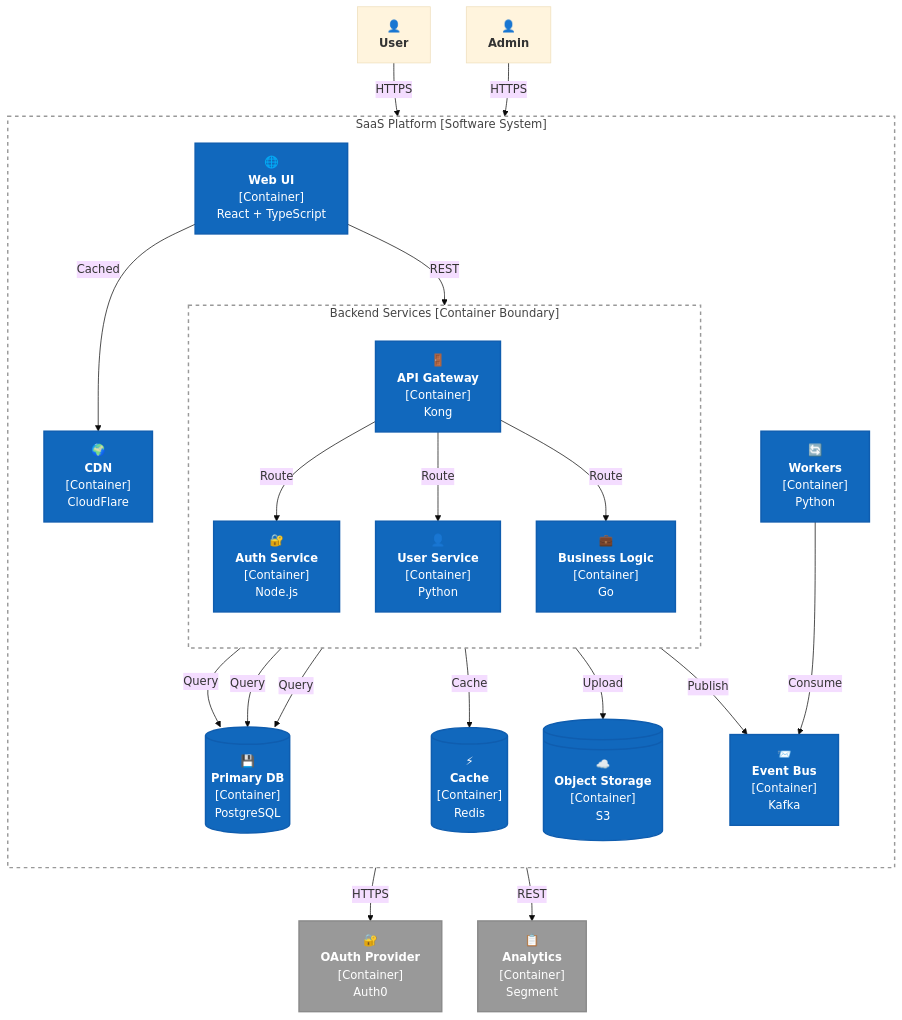
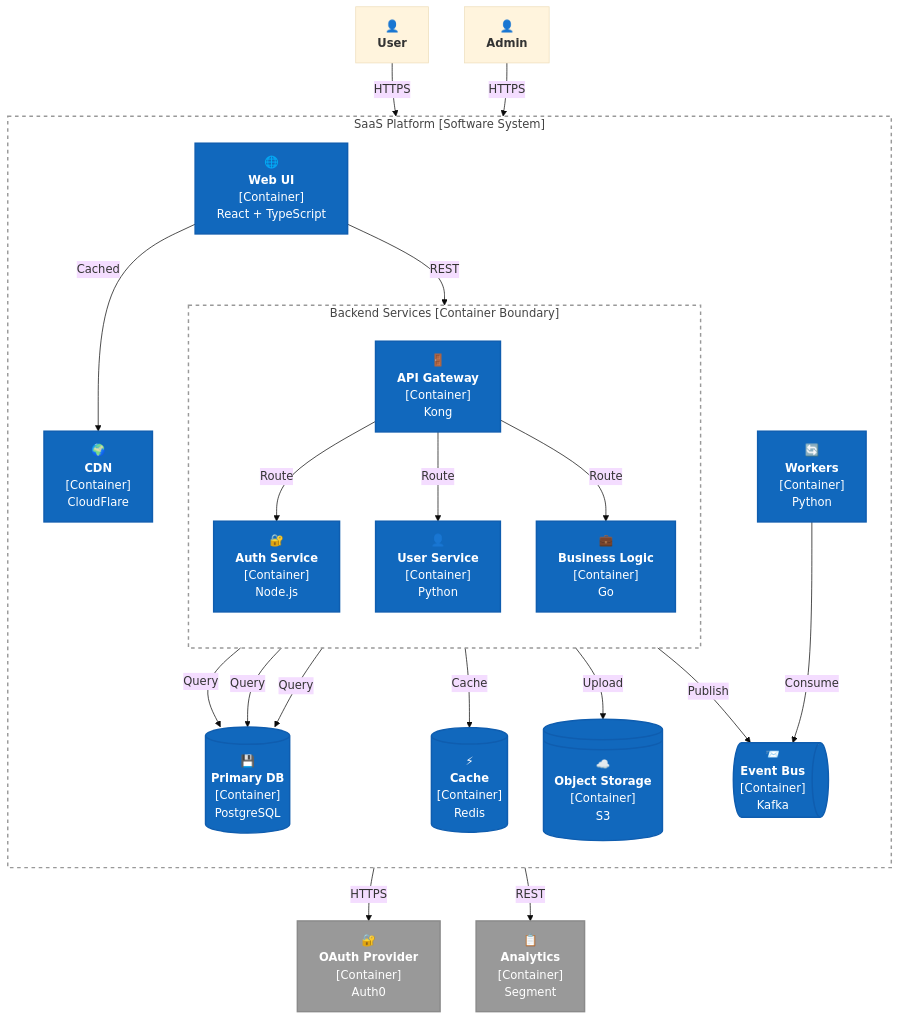
Before and after one commit to LockTar/C4-Modeling-in-Mermaid: the fourth of 6 diagrams in C4-cheatsheets/C4-Container-Diagram-Mermaid-Flowchart-Cheatsheet.md, drawn with Mermaid (base theme). The commit also changed other lines of this file and 2 other files, not shown here.

Commit message:
Update queue shapes and labels in C4 cheatsheets for consistency

````diff
--- a/C4-cheatsheets/C4-Container-Diagram-Mermaid-Flowchart-Cheatsheet.md
+++ b/C4-cheatsheets/C4-Container-Diagram-Mermaid-Flowchart-Cheatsheet.md
@@ -193,66 +193,66 @@
 ```mermaid
 flowchart TB
     classDef Container fill:#1168bd,stroke:#0f5daf,color:#fff,stroke-width:2px;
     classDef ContainerDb fill:#1168bd,stroke:#0f5daf,color:#fff,stroke-width:2px;
     classDef ContainerQueue fill:#1168bd,stroke:#0f5daf,color:#fff,stroke-width:2px;
     classDef ContainerExt fill:#999999,stroke:#8a8a8a,color:#fff,stroke-width:2px;
     classDef ContainerBoundary fill:none,stroke:#999,stroke-width:2px,stroke-dasharray: 5 5,color:#444;
 
     user["👤<br/><b>User</b>"]
     admin["👤<br/><b>Admin</b>"]
 
     subgraph sys["SaaS Platform [Software System]"]
         direction TB
 
         cdn["🌍<br/><b>CDN</b><br/>[Container]<br/>CloudFlare"]
         spa["🌐<br/><b>Web UI</b><br/>[Container]<br/>React + TypeScript"]
 
         subgraph backend["Backend Services [Container Boundary]"]
             direction TB
             apigw["🚪<br/><b>API Gateway</b><br/>[Container]<br/>Kong"]
             authsvc["🔐<br/><b>Auth Service</b><br/>[Container]<br/>Node.js"]
             usersvc["👤<br/><b>User Service</b><br/>[Container]<br/>Python"]
             bussvc["💼<br/><b>Business Logic</b><br/>[Container]<br/>Go"]
         end
         class backend ContainerBoundary;
 
         db[("💾<br/><b>Primary DB</b><br/>[Container]<br/>PostgreSQL")]
         cache[("⚡<br/><b>Cache</b><br/>[Container]<br/>Redis")]
         s3@{ shape: lin-cyl, label: "☁️<br/><b>Object Storage</b><br/>[Container]<br/>S3" }
 
-        queue["📨<br/><b>Event Bus</b><br/>[Container]<br/>Kafka"]
+        queue@{ shape: das, label: "📨<br/><b>Event Bus</b><br/>[Container]<br/>Kafka" }
         workers["🔄<br/><b>Workers</b><br/>[Container]<br/>Python"]
 
         class cdn,spa,apigw,authsvc,usersvc,bussvc,s3,workers Container
         class db,cache ContainerDb
         class queue ContainerQueue
 
         spa -->|Cached| cdn
         spa -->|REST| apigw
 
         apigw -->|Route| authsvc
         apigw -->|Route| usersvc
         apigw -->|Route| bussvc
 
         authsvc -->|Query| db
         usersvc -->|Query| db
         bussvc -->|Query| db
 
         bussvc -->|Cache| cache
         bussvc -->|Upload| s3
         bussvc -->|Publish| queue
 
         workers -->|Consume| queue
     end
     class sys ContainerBoundary;
 
     oauth["🔐<br/><b>OAuth Provider</b><br/>[Container]<br/>Auth0"]
     analytics["📋<br/><b>Analytics</b><br/>[Container]<br/>Segment"]
 
     class oauth,analytics ContainerExt
 
     user -->|HTTPS| spa
     admin -->|HTTPS| spa
     authsvc -->|HTTPS| oauth
     workers -->|REST| analytics
 ```
````
